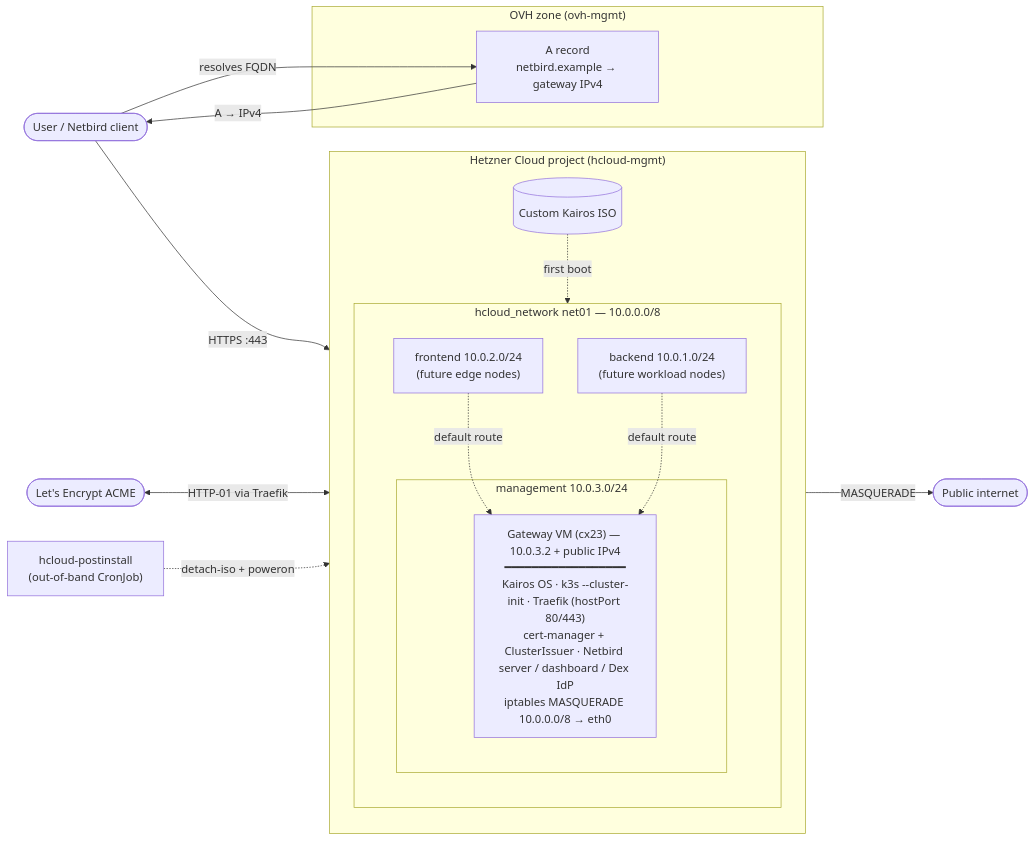
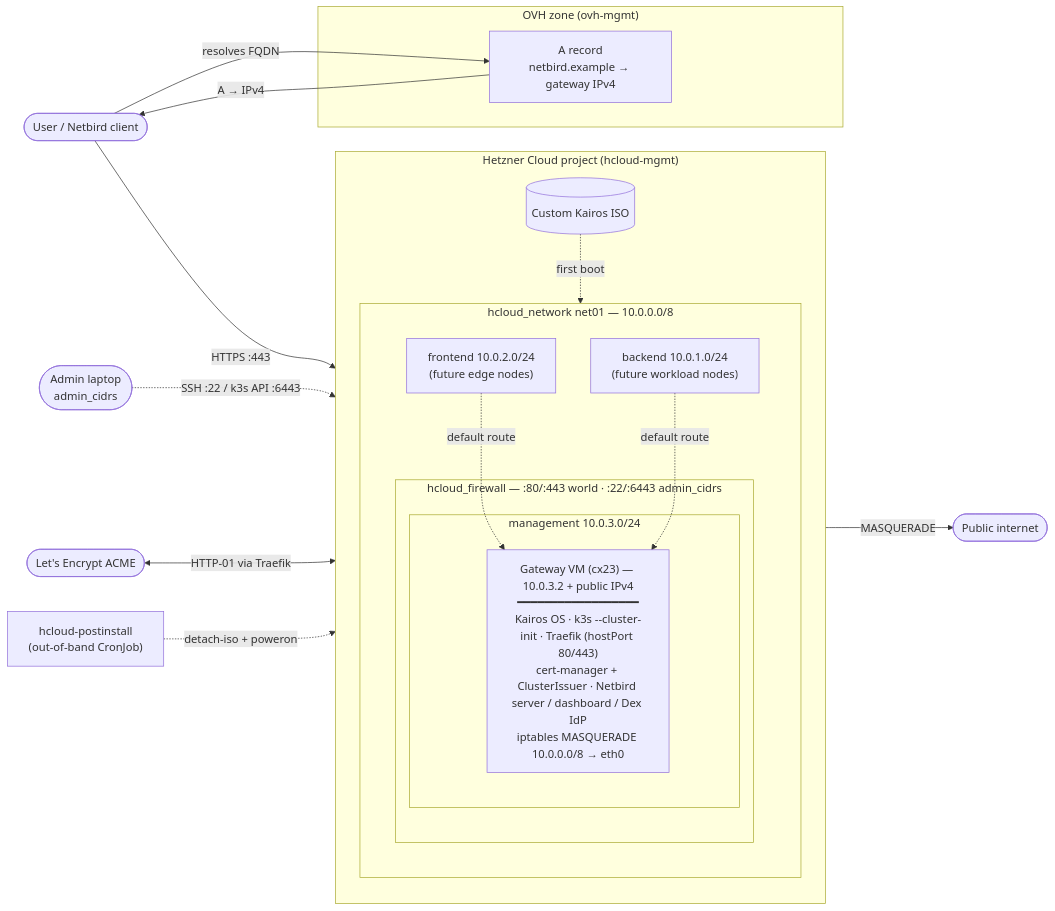
Before and after one commit to ocalzi/hcloud-kairos-platform: the first of 3 diagrams in README.md, drawn with Mermaid. The commit also changed other lines of this file and 8 other files, not shown here.

First line of the commit message:
feat: gateway firewall + variable-based OVH credentials

````diff
--- a/README.md
+++ b/README.md
@@ -40,41 +40,45 @@
 ```mermaid
 flowchart LR
   User([User / Netbird client])
+  Admin([Admin laptop<br/>admin_cidrs])
   LE([Let's Encrypt ACME])
   Internet([Public internet])
 
   subgraph OVH["OVH zone (ovh-mgmt)"]
     DNS["A record<br/>netbird.example → gateway IPv4"]
   end
 
   subgraph Hetzner["Hetzner Cloud project (hcloud-mgmt)"]
     direction TB
 
     ISO[("Custom Kairos ISO")]
 
     subgraph Net["hcloud_network net01 — 10.0.0.0/8"]
       direction TB
 
-      subgraph Mgmt["management 10.0.3.0/24"]
-        Gateway["Gateway VM (cx23) — 10.0.3.2 + public IPv4<br/>━━━━━━━━━━━━━━━━━━<br/>Kairos OS · k3s --cluster-init · Traefik (hostPort 80/443)<br/>cert-manager + ClusterIssuer · Netbird server / dashboard / Dex IdP<br/>iptables MASQUERADE 10.0.0.0/8 → eth0"]
+      subgraph FW["hcloud_firewall — :80/:443 world · :22/:6443 admin_cidrs"]
+        subgraph Mgmt["management 10.0.3.0/24"]
+          Gateway["Gateway VM (cx23) — 10.0.3.2 + public IPv4<br/>━━━━━━━━━━━━━━━━━━<br/>Kairos OS · k3s --cluster-init · Traefik (hostPort 80/443)<br/>cert-manager + ClusterIssuer · Netbird server / dashboard / Dex IdP<br/>iptables MASQUERADE 10.0.0.0/8 → eth0"]
+        end
       end
 
       Front["frontend 10.0.2.0/24<br/>(future edge nodes)"]
       Back["backend 10.0.1.0/24<br/>(future workload nodes)"]
     end
   end
 
   Postinstall["hcloud-postinstall<br/>(out-of-band CronJob)"]
 
   User -->|resolves FQDN| DNS
   DNS -->|A → IPv4| User
   User -->|HTTPS :443| Gateway
+  Admin -.->|SSH :22 / k3s API :6443| Gateway
   LE <-->|HTTP-01 via Traefik| Gateway
 
   ISO -. first boot .-> Gateway
   Postinstall -. detach-iso + poweron .-> Gateway
 
   Front -. default route .-> Gateway
   Back  -. default route .-> Gateway
   Gateway -->|MASQUERADE| Internet
 ```
````
